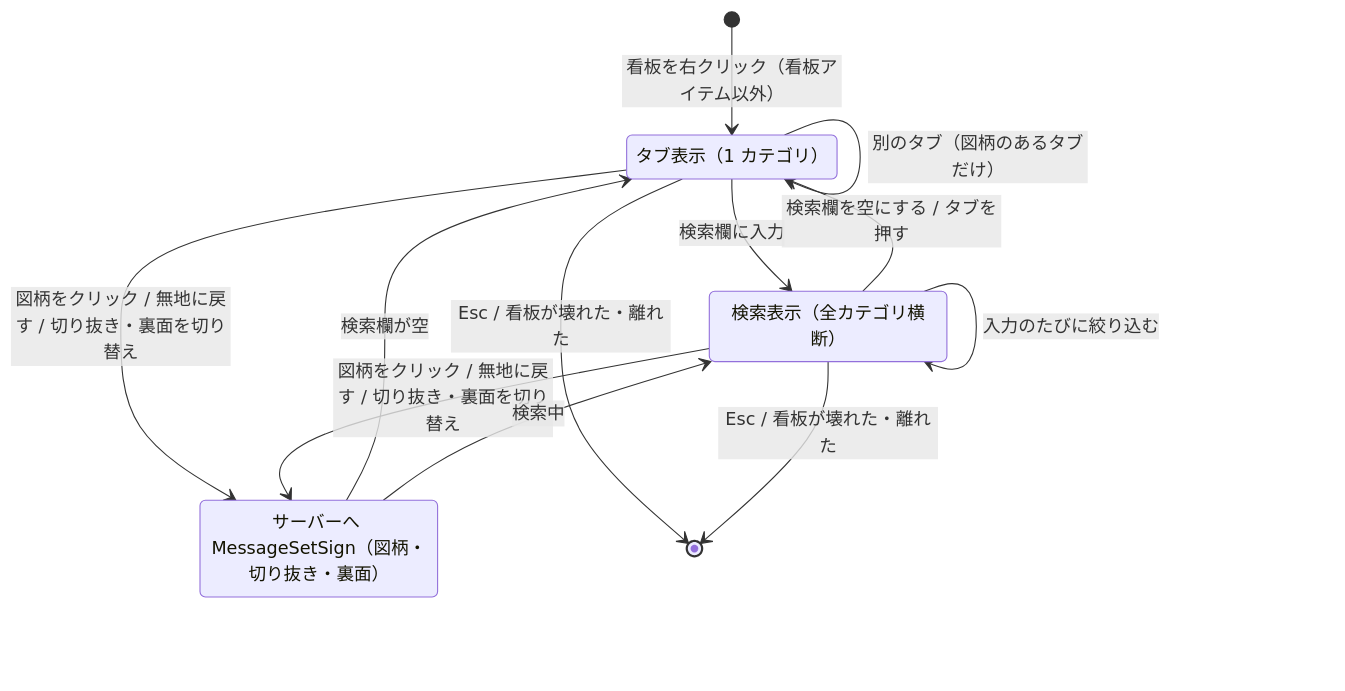
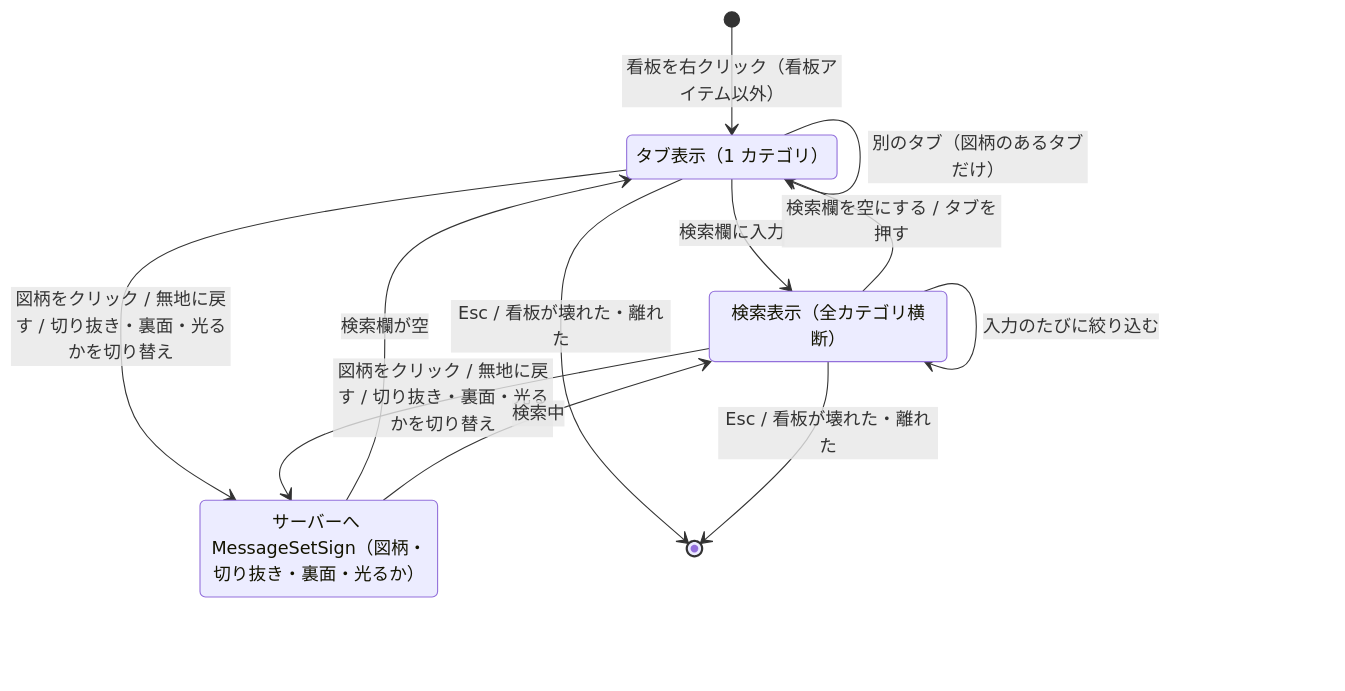
One commit to zeusisgood/safetysigns changed the diagram in doc/diagrams/gui-sign-picker.md. Above: the diagram before and after it, drawn with Mermaid. The commit also changed other lines of this file and 21 other files, not shown here.

````diff
--- a/doc/diagrams/gui-sign-picker.md
+++ b/doc/diagrams/gui-sign-picker.md
@@ -10,17 +10,17 @@
 ```mermaid
 stateDiagram-v2
     [*] --> Tab: 看板を右クリック（看板アイテム以外）
     Tab: タブ表示（1 カテゴリ）
     Search: 検索表示（全カテゴリ横断）
     Tab --> Tab: 別のタブ（図柄のあるタブだけ）
     Tab --> Search: 検索欄に入力
     Search --> Search: 入力のたびに絞り込む
     Search --> Tab: 検索欄を空にする / タブを押す
-    Tab --> Send: 図柄をクリック / 無地に戻す / 切り抜き・裏面を切り替え
-    Search --> Send: 図柄をクリック / 無地に戻す / 切り抜き・裏面を切り替え
-    Send: サーバーへ MessageSetSign（図柄・切り抜き・裏面）
+    Tab --> Send: 図柄をクリック / 無地に戻す / 切り抜き・裏面・光るかを切り替え
+    Search --> Send: 図柄をクリック / 無地に戻す / 切り抜き・裏面・光るかを切り替え
+    Send: サーバーへ MessageSetSign（図柄・切り抜き・裏面・光るか）
     Send --> Tab: 検索欄が空
     Send --> Search: 検索中
     Tab --> [*]: Esc / 看板が壊れた・離れた
     Search --> [*]: Esc / 看板が壊れた・離れた
 ```
````
